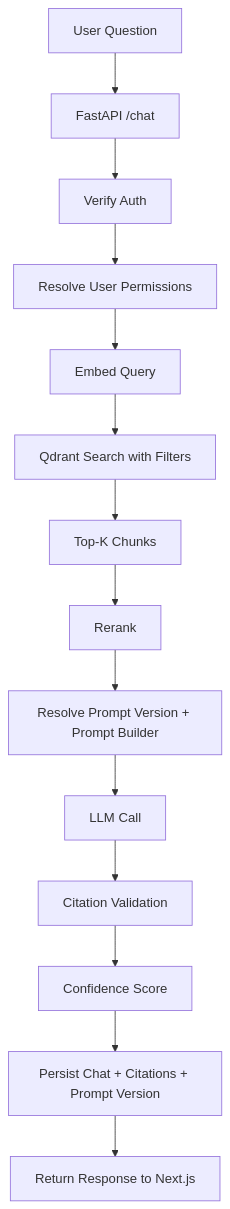
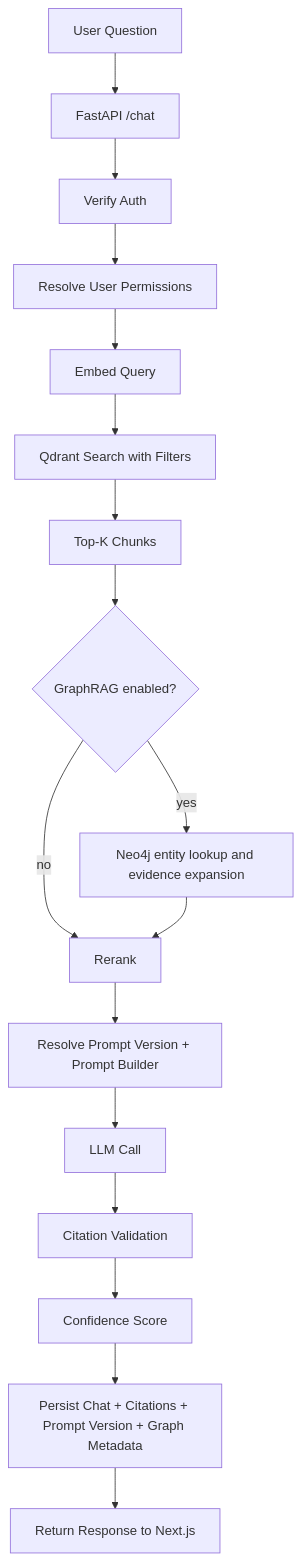
The third of 4 diagrams in docs/03_RAG_WORKFLOW.md (meghrazchi/rudix), drawn with Mermaid before and after one commit. The commit also changed other lines of this file and 18 other files, not shown here.

Commit message:
feat(graph): [rudix#287] GraphRAG retrieval expansion using Neo4j and Qdrant together

````diff
--- a/docs/03_RAG_WORKFLOW.md
+++ b/docs/03_RAG_WORKFLOW.md
@@ -252,16 +261,19 @@
 ```mermaid
 flowchart TD
     A[User Question] --> B[FastAPI /chat]
     B --> C[Verify Auth]
     C --> D[Resolve User Permissions]
     D --> E[Embed Query]
     E --> F[Qdrant Search with Filters]
     F --> G[Top-K Chunks]
-    G --> H[Rerank]
-    H --> I[Resolve Prompt Version + Prompt Builder]
-    I --> J[LLM Call]
-    J --> K[Citation Validation]
-    K --> L[Confidence Score]
-    L --> M[Persist Chat + Citations + Prompt Version]
-    M --> N[Return Response to Next.js]
+    G --> H{GraphRAG enabled?}
+    H -->|yes| I[Neo4j entity lookup and evidence expansion]
+    H -->|no| J[Rerank]
+    I --> J[Rerank]
+    J --> K[Resolve Prompt Version + Prompt Builder]
+    K --> L[LLM Call]
+    L --> M[Citation Validation]
+    M --> N[Confidence Score]
+    N --> O[Persist Chat + Citations + Prompt Version + Graph Metadata]
+    O --> P[Return Response to Next.js]
 ```
````
